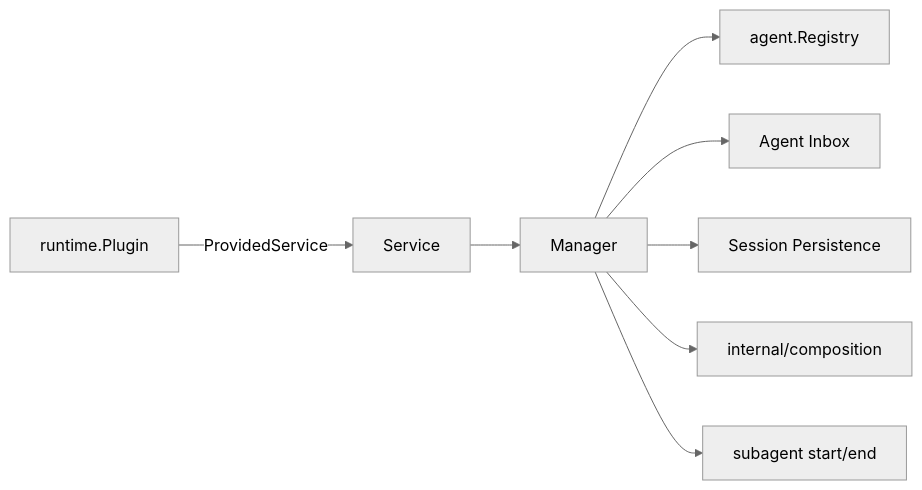
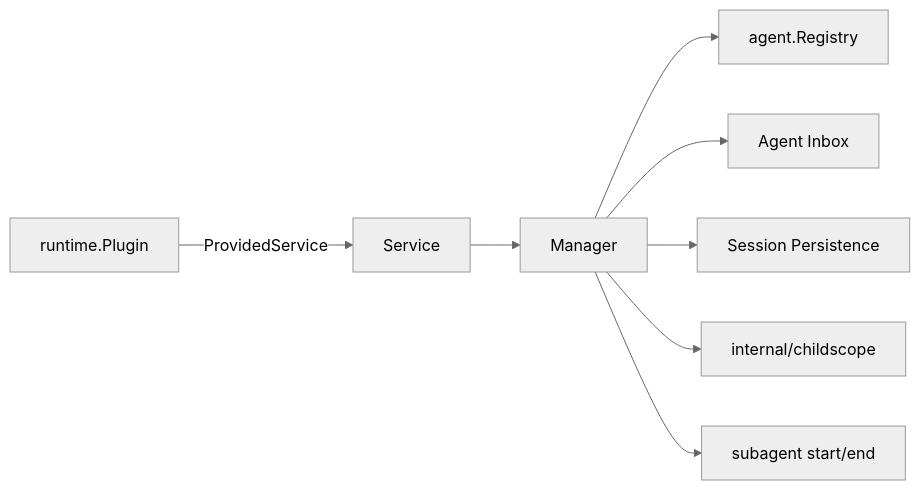
One commit to gorenx/goren changed the diagram in subagent/internal/continuation/README.zh-CN.md. Above: the diagram before and after it, drawn with Mermaid (neutral theme). The commit also changed other lines of this file and 20 other files, not shown here.

````diff
--- a/subagent/internal/continuation/README.zh-CN.md
+++ b/subagent/internal/continuation/README.zh-CN.md
@@ -18,10 +19,10 @@
 ```mermaid
 flowchart LR
     Plugin[runtime.Plugin] -->|ProvidedService| Service
     Service --> Manager
     Manager --> AgentRegistry[agent.Registry]
     Manager --> Inbox[Agent Inbox]
     Manager --> Persistence[Session Persistence]
-    Manager --> Composer[internal/composition]
+    Manager --> ScopeBuilder[internal/childscope]
     Manager --> Lifecycle[subagent start/end]
 ```
````
